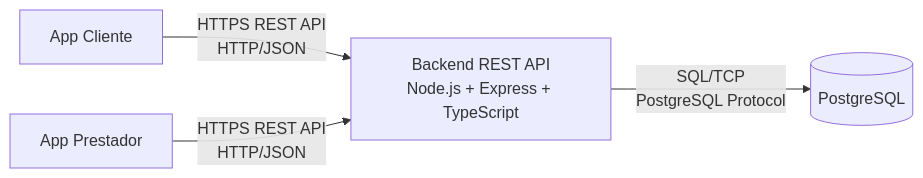
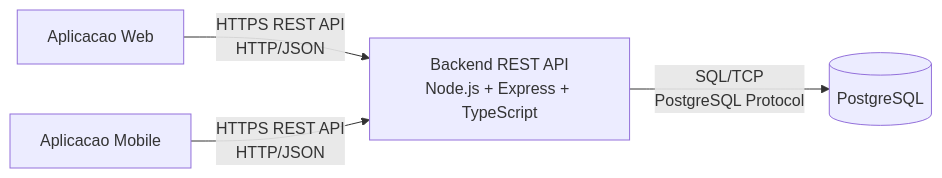
Before and after one commit to RafaellaCristinaCSS/Lab---Sprint-01: the diagram in projeto/docs/DIAGRAMA_ARQUITETURA.md, drawn with Mermaid. The commit also changed other lines of this file and 2 other files, not shown here.

Commit message:
separando o web e o mobile no diagrama

````diff
--- a/projeto/docs/DIAGRAMA_ARQUITETURA.md
+++ b/projeto/docs/DIAGRAMA_ARQUITETURA.md
@@ -3,14 +3,14 @@
 ```mermaid
 flowchart LR
-    Cliente[App Cliente]
-    Prestador[App Prestador]
+    Web[Aplicacao Web]
+    Mobile[Aplicacao Mobile]
 
     API[Backend REST API<br/>Node.js + Express + TypeScript]
 
     DB[(PostgreSQL)]
 
-    Cliente -->|HTTPS REST API<br/>HTTP/JSON| API
-    Prestador -->|HTTPS REST API<br/>HTTP/JSON| API
+    Web -->|HTTPS REST API<br/>HTTP/JSON| API
+    Mobile -->|HTTPS REST API<br/>HTTP/JSON| API
 
     API -->|SQL/TCP<br/>PostgreSQL Protocol| DB
 ```
````
